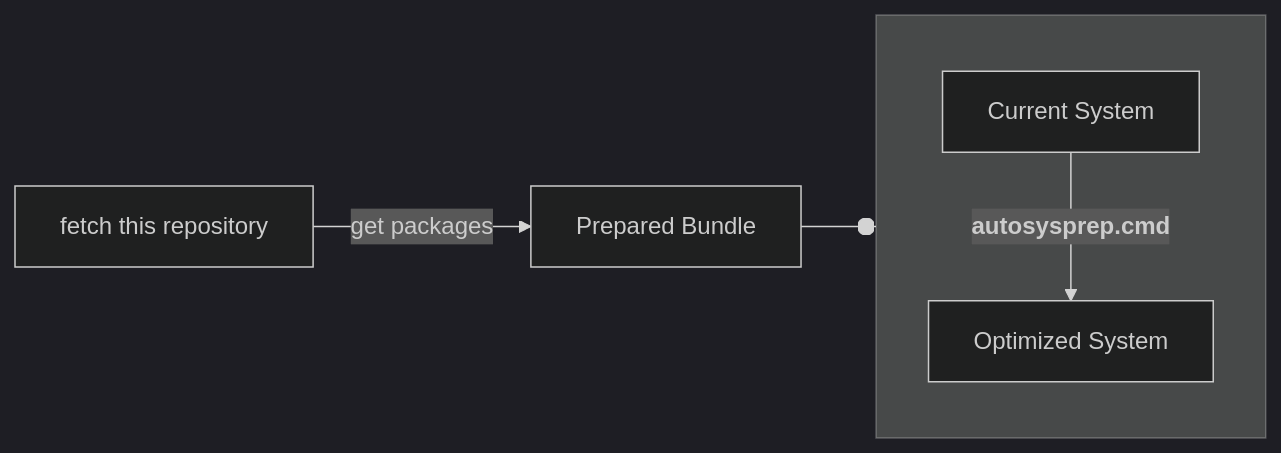
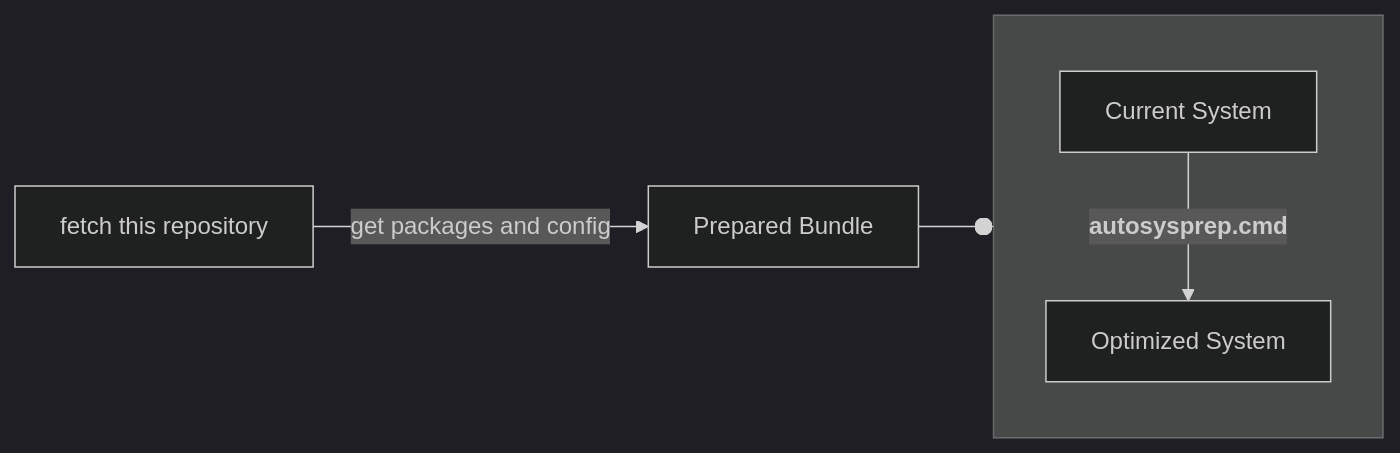
The first of 2 diagrams in README.md (neo-sam/mysysprep), drawn with Mermaid (dark theme) before and after one commit. The commit also changed other lines of this file and 46 other files, not shown here.

````diff
--- a/README.md
+++ b/README.md
@@ -14,8 +39,8 @@
 ```mermaid
 flowchart LR
-  fetch[fetch this repository] -- get packages --> bundle[Prepared Bundle]
+  fetch[fetch this repository] -- get packages and config --> bundle[Prepared Bundle]
   subgraph config [ ]
       old[Current System] -- <b>autosysprep.cmd</b> --> new[Optimized System]
   end
   bundle --o config
 ```
````
